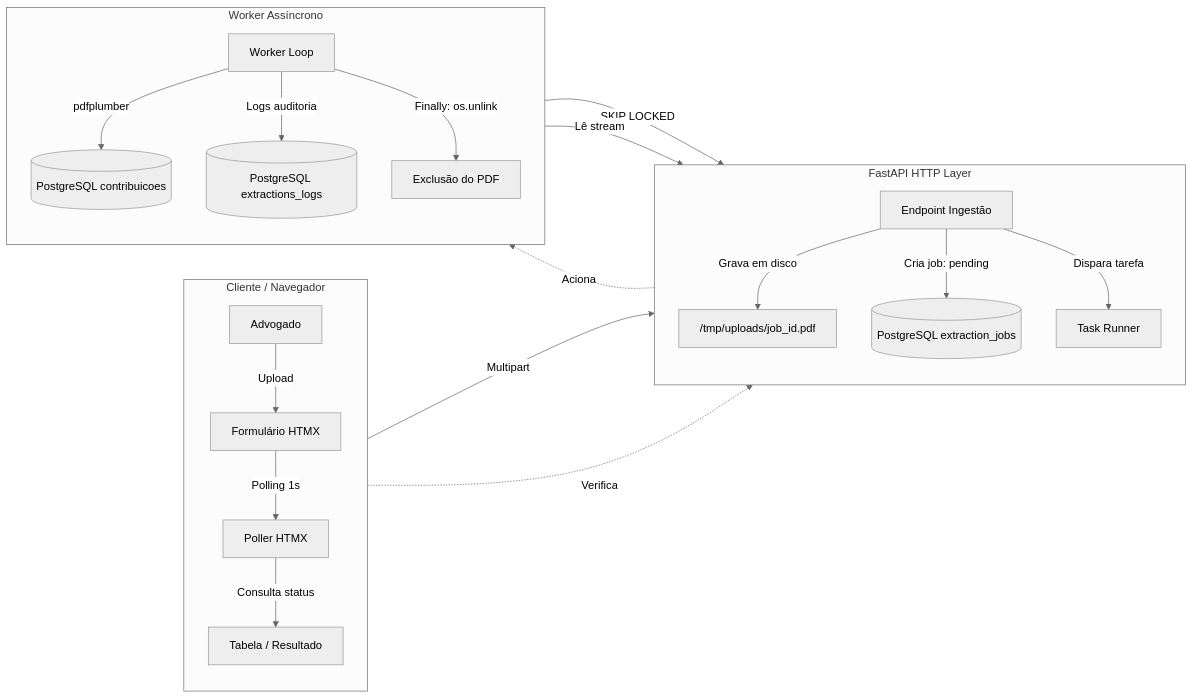
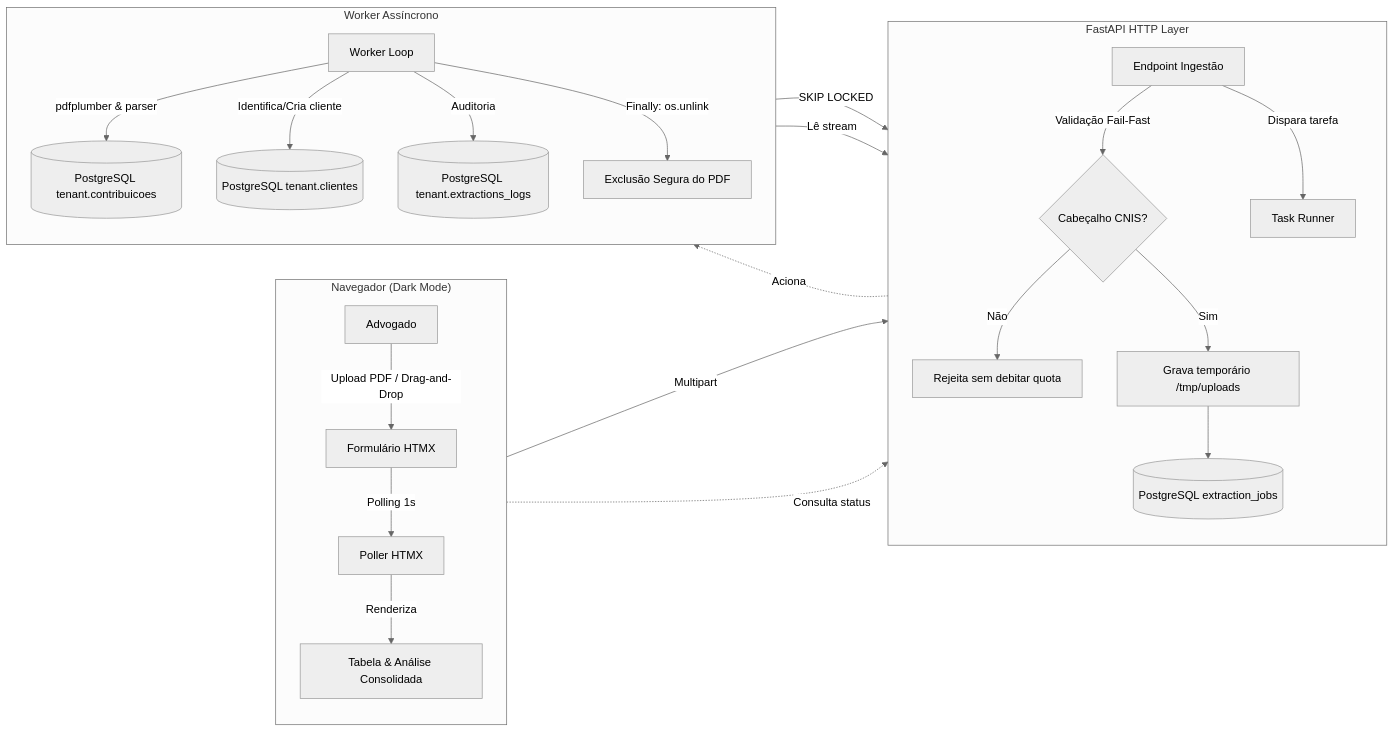
One commit to thalesgmartins/parse-app changed the second of 2 diagrams in README.md. Above: the diagram before and after it, drawn with Mermaid (neutral theme). The commit also changed other lines of this file, not shown here.

````diff
--- a/README.md
+++ b/README.md
@@ -43,29 +90,32 @@
 ```mermaid
 flowchart LR
-    subgraph Cliente ["Cliente / Navegador"]
+    subgraph Cliente ["Navegador (Dark Mode)"]
         direction TB
-        A[Advogado] -->|Upload| B[Formulário HTMX]
+        A[Advogado] -->|Upload PDF / Drag-and-Drop| B[Formulário HTMX]
         B -->|Polling 1s| C[Poller HTMX]
-        C -->|Consulta status| D[Tabela / Resultado]
+        C -->|Renderiza| D[Tabela & Análise Consolidada]
     end
 
     subgraph API ["FastAPI HTTP Layer"]
         direction TB
-        E[Endpoint Ingestão] -->|Grava em disco| F["/tmp/uploads/job_id.pdf"]
-        E -->|Cria job: pending| G[(PostgreSQL extraction_jobs)]
+        E[Endpoint Ingestão] -->|Validação Fail-Fast| V{Cabeçalho CNIS?}
+        V -->|Não| R[Rejeita sem debitar quota]
+        V -->|Sim| F["Grava temporário /tmp/uploads"]
+        F --> G[(PostgreSQL extraction_jobs)]
         E -->|Dispara tarefa| H[Task Runner]
     end
 
     subgraph Worker ["Worker Assíncrono"]
         direction TB
         I[Worker Loop] -->|SKIP LOCKED| G
         I -->|Lê stream| F
-        I -->|pdfplumber| J[(PostgreSQL contribuicoes)]
-        I -->|Logs auditoria| K[(PostgreSQL extractions_logs)]
-        I -->|Finally: os.unlink| L[Exclusão do PDF]
+        I -->|pdfplumber & parser| J[(PostgreSQL tenant.contribuicoes)]
+        I -->|Identifica/Cria cliente| K[(PostgreSQL tenant.clientes)]
+        I -->|Auditoria| L[(PostgreSQL tenant.extractions_logs)]
+        I -->|Finally: os.unlink| M[Exclusão Segura do PDF]
     end
 
     B -->|Multipart| E
     H -.->|Aciona| I
-    C -.->|Verifica| G
+    C -.->|Consulta status| G
 ```
````
